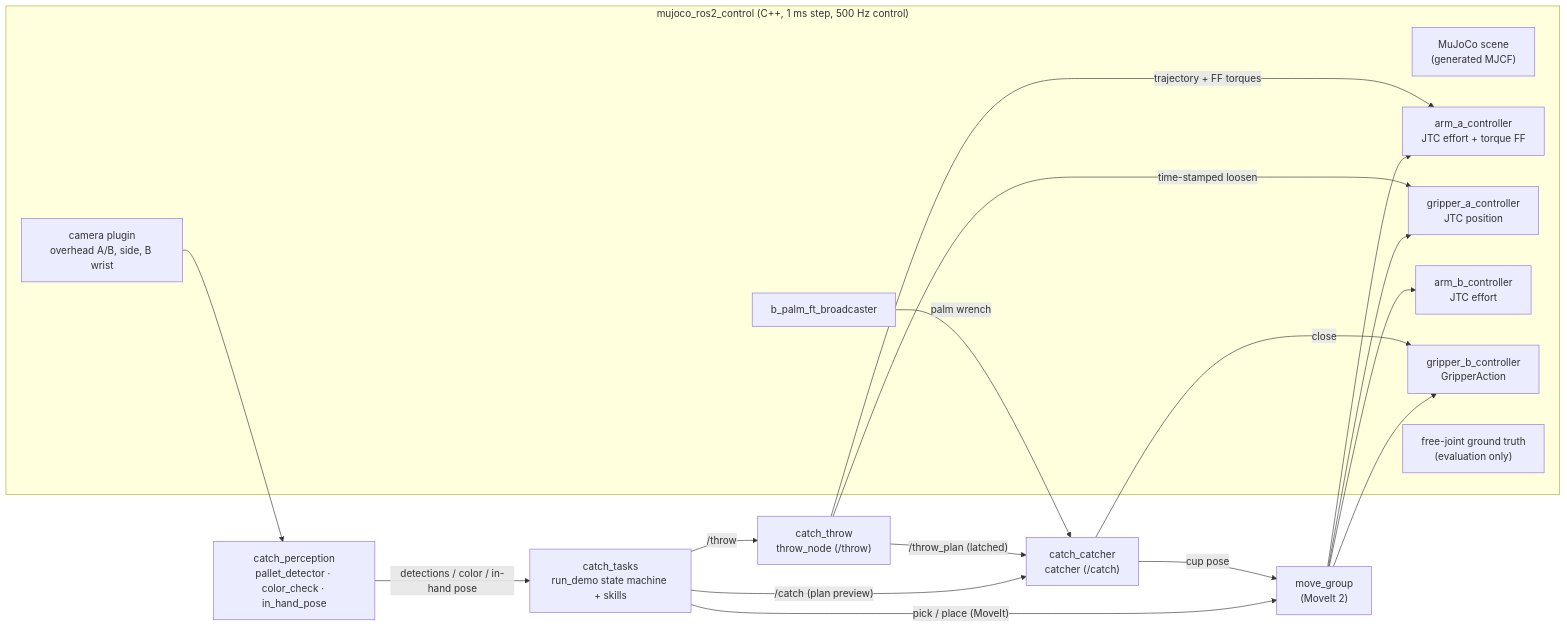
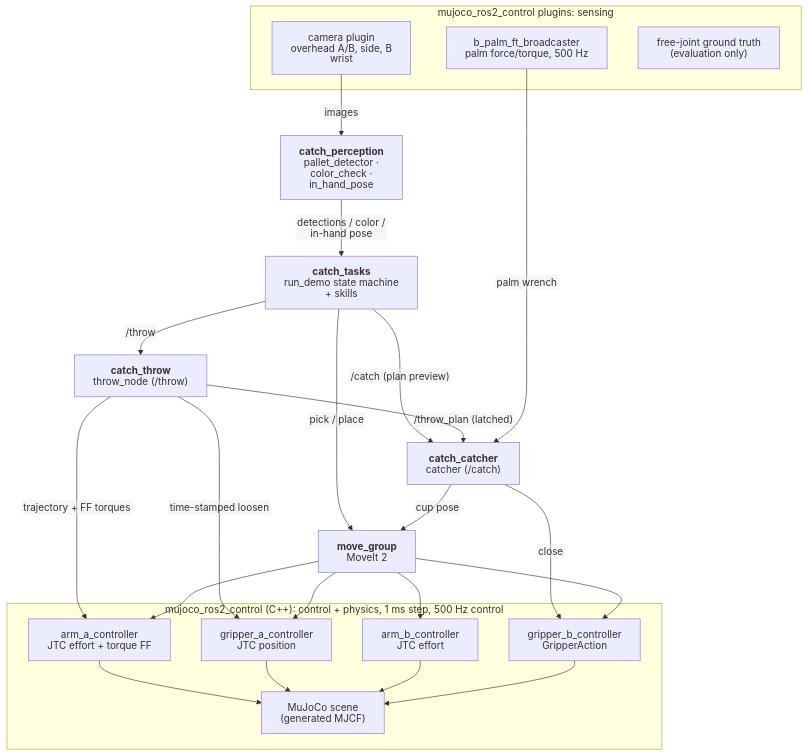
The diagram in README.md (JaisalJain/catch-me-if-you-can), drawn with Mermaid before and after one commit. The commit also changed other lines of this file and 29 other files, not shown here.

First line of the commit message:
v1.0 housekeeping: wrist-camera bracket, top-to-bottom architecture SVG, /clock off the multi-threaded executors

````diff
--- a/README.md
+++ b/README.md
@@ -58,28 +67,55 @@
 ```mermaid
-flowchart LR
-  subgraph sim["mujoco_ros2_control (C++, 1 ms step, 500 Hz control)"]
-    MJ["MuJoCo scene<br/>(generated MJCF)"]
-    JTC_A["arm_a_controller<br/>JTC effort + torque FF"]
-    GA["gripper_a_controller<br/>JTC position"]
-    JTC_B["arm_b_controller<br/>JTC effort"]
-    GB["gripper_b_controller<br/>GripperAction"]
-    FT["b_palm_ft_broadcaster"]
-    CAM["camera plugin<br/>overhead A/B, side, B wrist"]
-    GT["free-joint ground truth<br/>(evaluation only)"]
+---
+config:
+  htmlLabels: false
+  flowchart:
+    htmlLabels: false
+---
+flowchart TB
+  subgraph sense["`mujoco_ros2_control plugins: sensing`"]
+    CAM["`camera plugin
+overhead A/B, side, B wrist`"]
+    FT["`b_palm_ft_broadcaster
+palm force/torque, 500 Hz`"]
+    GT["`free-joint ground truth
+(evaluation only)`"]
   end
-  MG["move_group<br/>(MoveIt 2)"]
-  PER["catch_perception<br/>pallet_detector · color_check · in_hand_pose"]
-  TH["catch_throw<br/>throw_node (/throw)"]
-  CA["catch_catcher<br/>catcher (/catch)"]
-  SM["catch_tasks<br/>run_demo state machine + skills"]
-  SM -- "pick / place (MoveIt)" --> MG --> JTC_A & JTC_B & GA & GB
-  SM -- "/throw" --> TH
-  SM -- "/catch (plan preview)" --> CA
-  TH -- "trajectory + FF torques" --> JTC_A
-  TH -- "time-stamped loosen" --> GA
-  TH -- "/throw_plan (latched)" --> CA
-  FT -- "palm wrench" --> CA -- "close" --> GB
-  CA -- "cup pose" --> MG
-  CAM --> PER
-  PER -- "detections / color / in-hand pose" --> SM
+
+  PER["`**catch_perception**
+pallet_detector · color_check · in_hand_pose`"]
+  SM["`**catch_tasks**
+run_demo state machine + skills`"]
+  TH["`**catch_throw**
+throw_node (/throw)`"]
+  CA["`**catch_catcher**
+catcher (/catch)`"]
+  MG["`**move_group**
+MoveIt 2`"]
+
+  subgraph act["`mujoco_ros2_control (C++): control + physics, 1 ms step, 500 Hz control`"]
+    JTC_A["`arm_a_controller
+JTC effort + torque FF`"]
+    GA["`gripper_a_controller
+JTC position`"]
+    JTC_B["`arm_b_controller
+JTC effort`"]
+    GB["`gripper_b_controller
+GripperAction`"]
+    MJ["`MuJoCo scene
+(generated MJCF)`"]
+  end
+
+  CAM -- "`images`" --> PER
+  PER -- "`detections / color / in-hand pose`" --> SM
+  SM -- "`/throw`" --> TH
+  SM -- "`/catch (plan preview)`" --> CA
+  SM -- "`pick / place`" --> MG
+  TH -- "`/throw_plan (latched)`" --> CA
+  FT -- "`palm wrench`" --> CA
+  CA -- "`cup pose`" --> MG
+  TH -- "`trajectory + FF torques`" --> JTC_A
+  TH -- "`time-stamped loosen`" --> GA
+  CA -- "`close`" --> GB
+  MG --> JTC_A & GA & JTC_B & GB
+  JTC_A & GA & JTC_B & GB --> MJ
 ```
````
